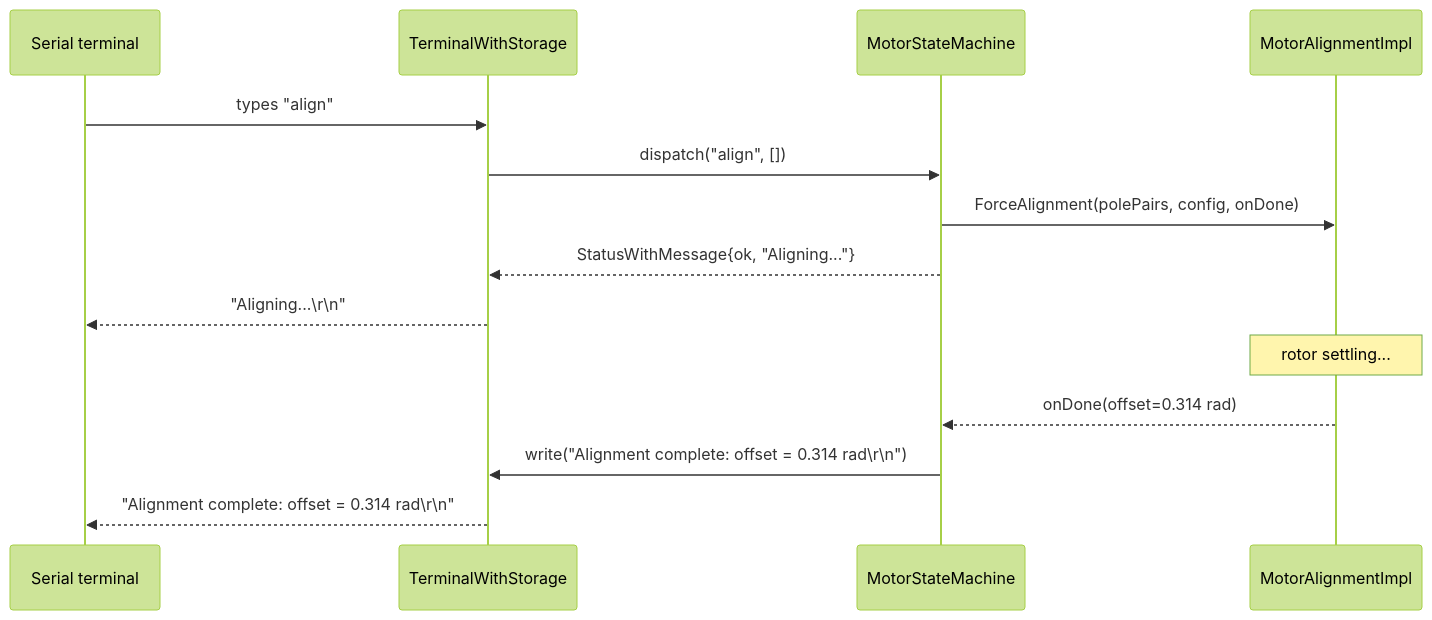
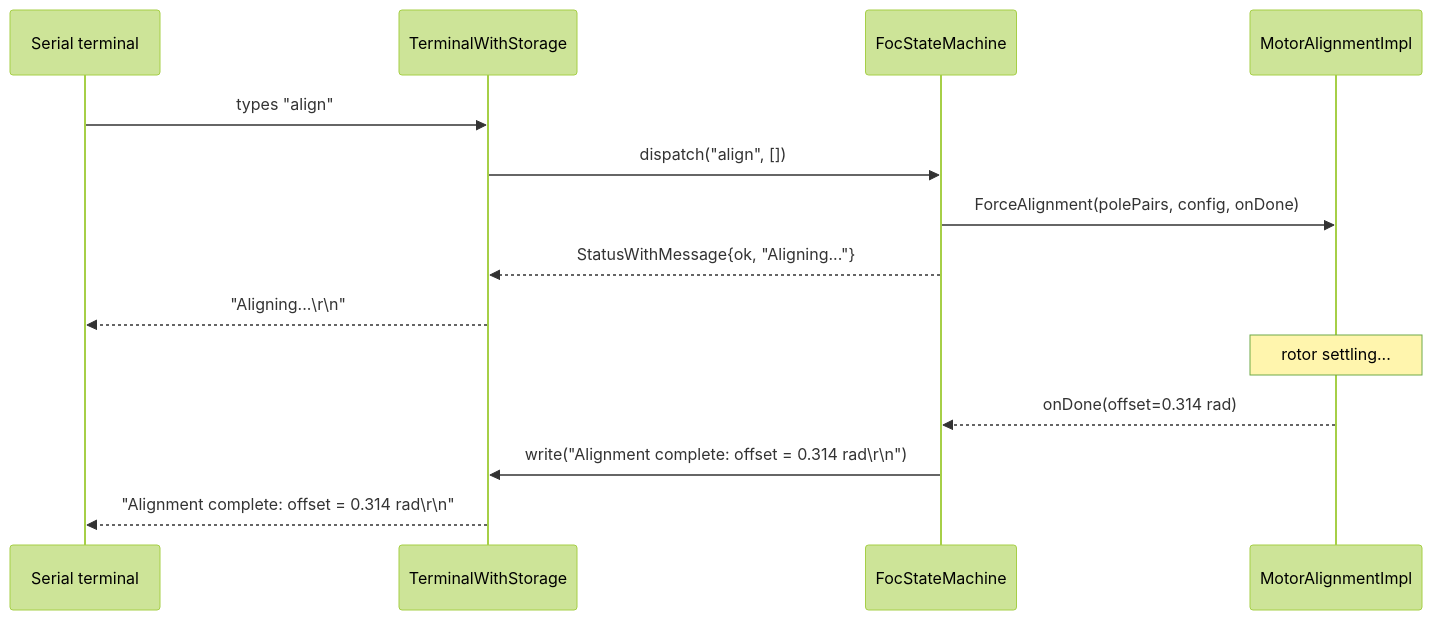
Before and after one commit to embedded-pro/e-foc: the third of 3 diagrams in documentation/design/service-cli.md, drawn with Mermaid (forest theme). The commit also changed other lines of this file and 40 other files, not shown here.

First line of the commit message:
feat: add foc state machine (#127)

````diff
--- a/documentation/design/service-cli.md
+++ b/documentation/design/service-cli.md
@@ -174,17 +172,17 @@
 ```mermaid
 sequenceDiagram
     participant User as Serial terminal
     participant TWS as TerminalWithStorage
-    participant MSM as MotorStateMachine
+    participant MSM as FocStateMachine
     participant Alignment as MotorAlignmentImpl
 
     User->>TWS: types "align"
     TWS->>MSM: dispatch("align", [])
     MSM->>Alignment: ForceAlignment(polePairs, config, onDone)
     MSM-->>TWS: StatusWithMessage{ok, "Aligning..."}
     TWS-->>User: "Aligning...\r\n"
     note over Alignment: rotor settling...
     Alignment-->>MSM: onDone(offset=0.314 rad)
     MSM->>TWS: write("Alignment complete: offset = 0.314 rad\r\n")
     TWS-->>User: "Alignment complete: offset = 0.314 rad\r\n"
 ```
````
